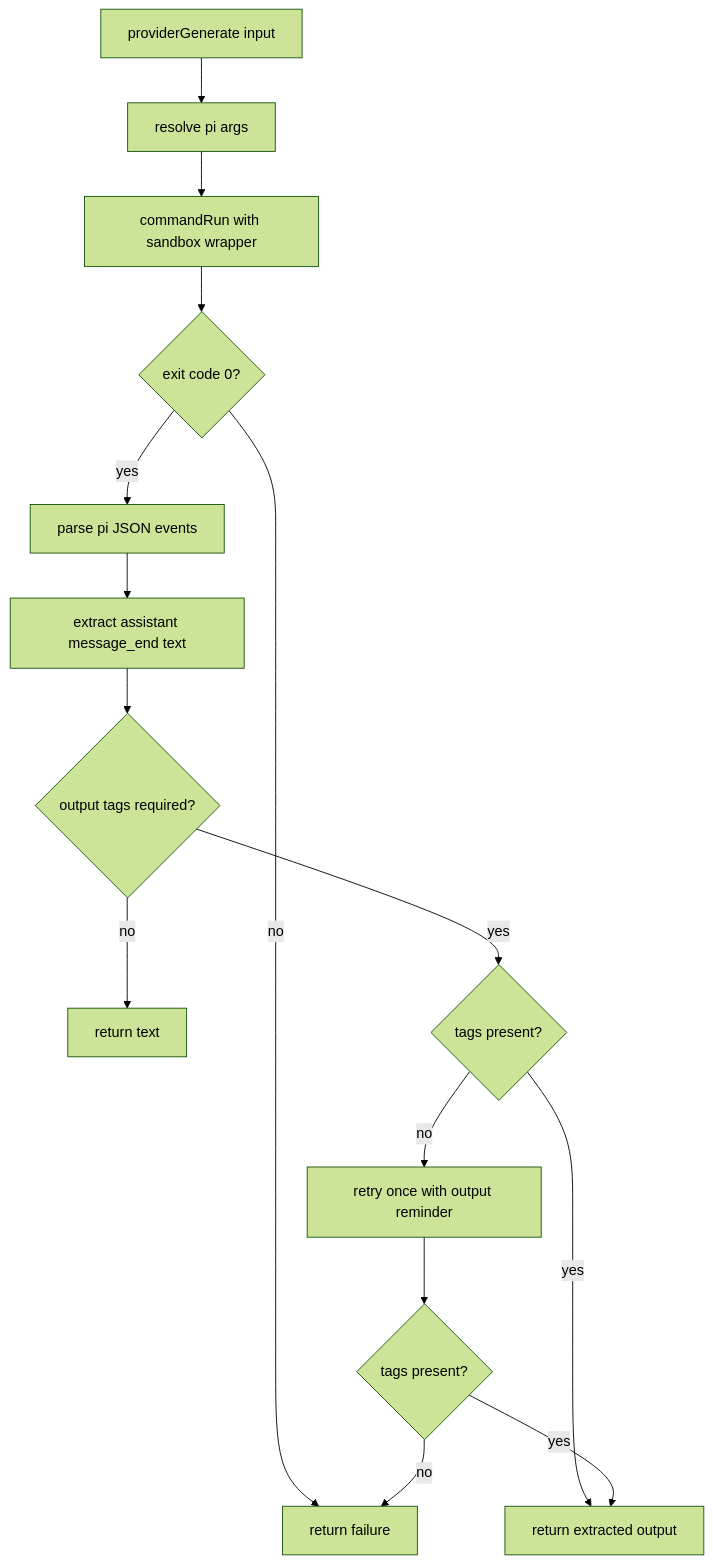
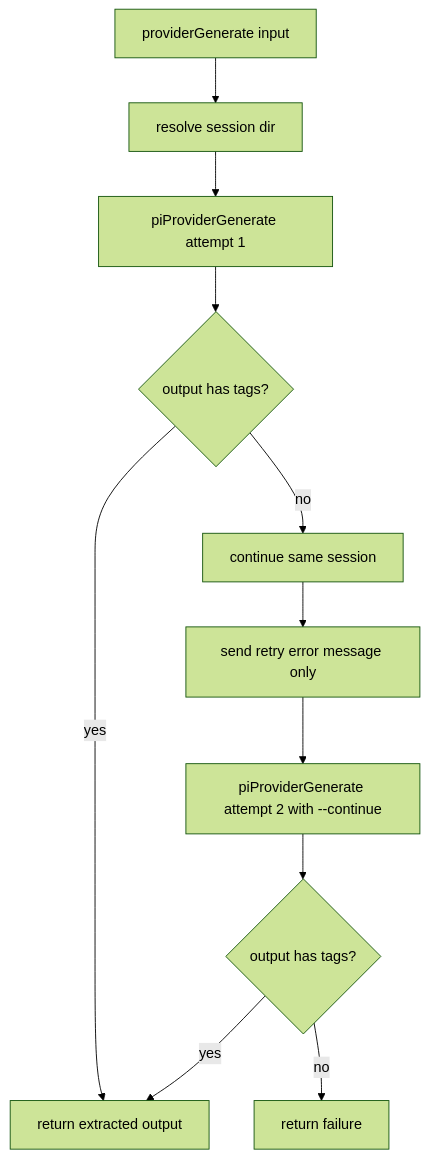
One commit to ex3ndr/holdmybeer changed the diagram in doc/provider-generate.md. Above: the diagram before and after it, drawn with Mermaid (forest theme). The commit also changed other lines of this file and 26 other files, not shown here.

Commit message:
feat(ai): normalize provider events and project session paths

````diff
--- a/doc/provider-generate.md
+++ b/doc/provider-generate.md
@@ -7,17 +7,13 @@
 ```mermaid
 flowchart TD
-  A[providerGenerate input] --> B[resolve pi args]
-  B --> C[commandRun with sandbox wrapper]
-  C --> D{exit code 0?}
-  D -->|no| E[return failure]
-  D -->|yes| F[parse pi JSON events]
-  F --> G[extract assistant message_end text]
-  G --> H{output tags required?}
-  H -->|no| I[return text]
-  H -->|yes| J{tags present?}
-  J -->|yes| K[return extracted output]
-  J -->|no| L[retry once with output reminder]
-  L --> M{tags present?}
-  M -->|yes| K
-  M -->|no| E
+  A[providerGenerate input] --> B[resolve session dir]
+  B --> C[piProviderGenerate attempt 1]
+  C --> D{output has tags?}
+  D -->|yes| E[return extracted output]
+  D -->|no| F[continue same session]
+  F --> G[send retry error message only]
+  G --> H[piProviderGenerate attempt 2 with --continue]
+  H --> I{output has tags?}
+  I -->|yes| E
+  I -->|no| J[return failure]
 ```
````
